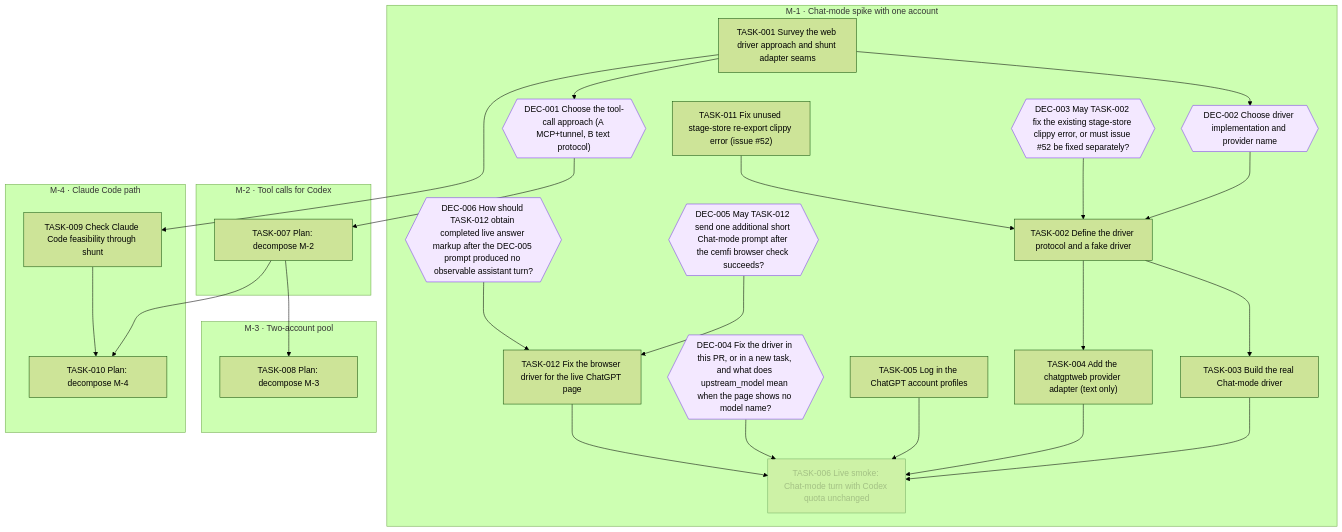
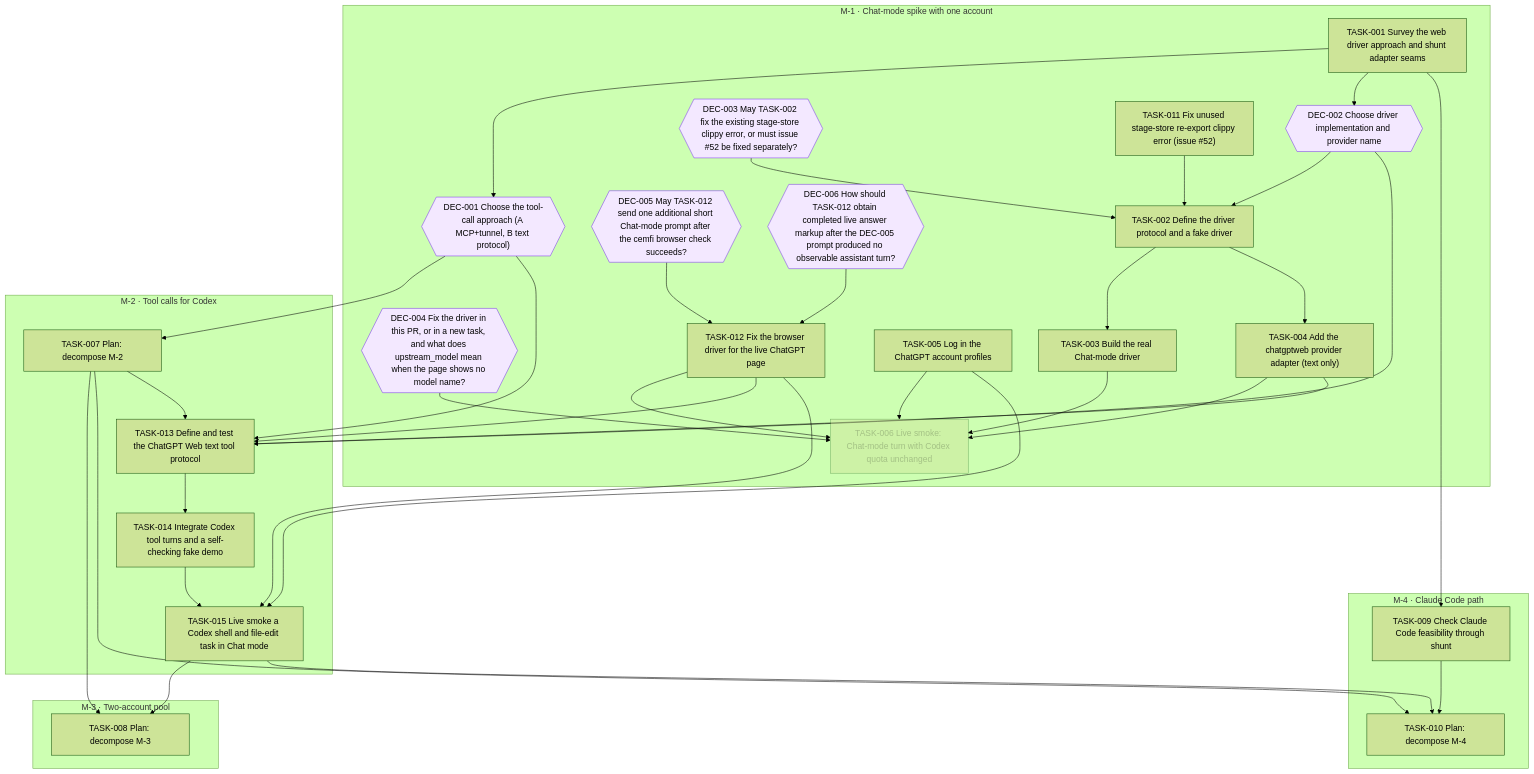
Before and after one commit to jesusvillota/shunt: the diagram in goals/chatgptweb-provider/README.md, drawn with Mermaid (forest theme). The commit also changed 5 other files, not shown here.

````diff
--- a/goals/chatgptweb-provider/README.md
+++ b/goals/chatgptweb-provider/README.md
@@ -132,58 +132,72 @@
 ```mermaid
 flowchart TD
   subgraph M_1["M-1 · Chat-mode spike with one account"]
     DEC_001{{"DEC-001 Choose the tool-call approach (A MCP+tunnel, B text protocol)"}}
     DEC_002{{"DEC-002 Choose driver implementation and provider name"}}
     DEC_003{{"DEC-003 May TASK-002 fix the existing stage-store clippy error, or must issue #52 be fixed separately?"}}
     DEC_004{{"DEC-004 Fix the driver in this PR, or in a new task, and what does upstream_model mean when the page shows no model name?"}}
     DEC_005{{"DEC-005 May TASK-012 send one additional short Chat-mode prompt after the cemfi browser check succeeds?"}}
     DEC_006{{"DEC-006 How should TASK-012 obtain completed live answer markup after the DEC-005 prompt produced no observable assistant turn?"}}
     TASK_001["TASK-001 Survey the web driver approach and shunt adapter seams"]
     TASK_002["TASK-002 Define the driver protocol and a fake driver"]
     TASK_003["TASK-003 Build the real Chat-mode driver"]
     TASK_004["TASK-004 Add the chatgptweb provider adapter (text only)"]
     TASK_005["TASK-005 Log in the ChatGPT account profiles"]
     TASK_006["TASK-006 Live smoke: Chat-mode turn with Codex quota unchanged"]
     TASK_011["TASK-011 Fix unused stage-store re-export clippy error (issue #52)"]
     TASK_012["TASK-012 Fix the browser driver for the live ChatGPT page"]
   end
   subgraph M_2["M-2 · Tool calls for Codex"]
     TASK_007["TASK-007 Plan: decompose M-2"]
+    TASK_013["TASK-013 Define and test the ChatGPT Web text tool protocol"]
+    TASK_014["TASK-014 Integrate Codex tool turns and a self-checking fake demo"]
+    TASK_015["TASK-015 Live smoke a Codex shell and file-edit task in Chat mode"]
   end
   subgraph M_3["M-3 · Two-account pool"]
     TASK_008["TASK-008 Plan: decompose M-3"]
   end
   subgraph M_4["M-4 · Claude Code path"]
     TASK_009["TASK-009 Check Claude Code feasibility through shunt"]
     TASK_010["TASK-010 Plan: decompose M-4"]
   end
   TASK_001 --> DEC_001
   TASK_001 --> DEC_002
   DEC_002 --> TASK_002
   DEC_003 --> TASK_002
   TASK_011 --> TASK_002
   TASK_002 --> TASK_003
   TASK_002 --> TASK_004
   TASK_003 --> TASK_006
   TASK_004 --> TASK_006
   TASK_005 --> TASK_006
   DEC_004 --> TASK_006
   TASK_012 --> TASK_006
   DEC_001 --> TASK_007
   TASK_007 --> TASK_008
+  TASK_015 --> TASK_008
   TASK_001 --> TASK_009
   TASK_007 --> TASK_010
   TASK_009 --> TASK_010
+  TASK_015 --> TASK_010
   DEC_005 --> TASK_012
   DEC_006 --> TASK_012
+  TASK_007 --> TASK_013
+  TASK_004 --> TASK_013
+  TASK_012 --> TASK_013
+  DEC_001 --> TASK_013
+  DEC_002 --> TASK_013
+  TASK_013 --> TASK_014
+  TASK_014 --> TASK_015
+  TASK_005 --> TASK_015
+  TASK_012 --> TASK_015
   classDef draft stroke-dasharray: 4 3
   classDef cancelled opacity:0.45
   classDef decision fill:#f3e8ff,stroke:#7c3aed
   class TASK_006 cancelled
   class DEC_001 decision
   class DEC_002 decision
   class DEC_003 decision
   class DEC_004 decision
   class DEC_005 decision
   class DEC_006 decision
 ```
````
